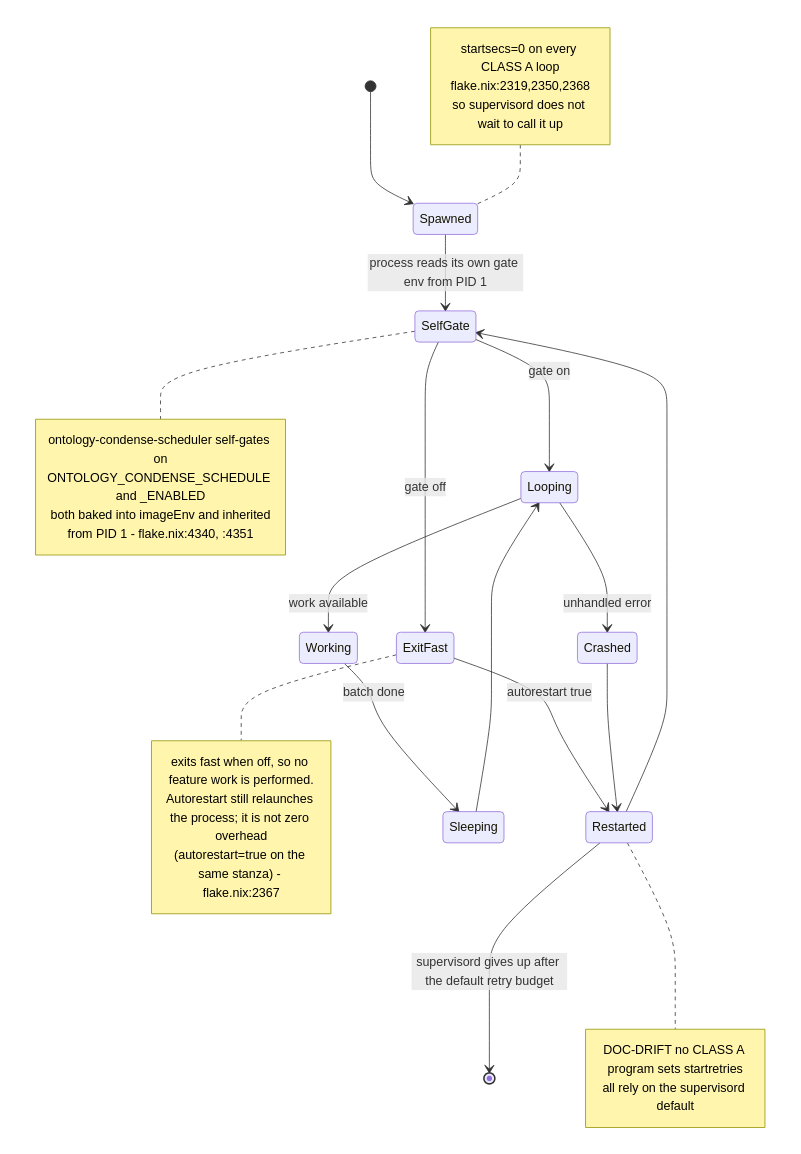
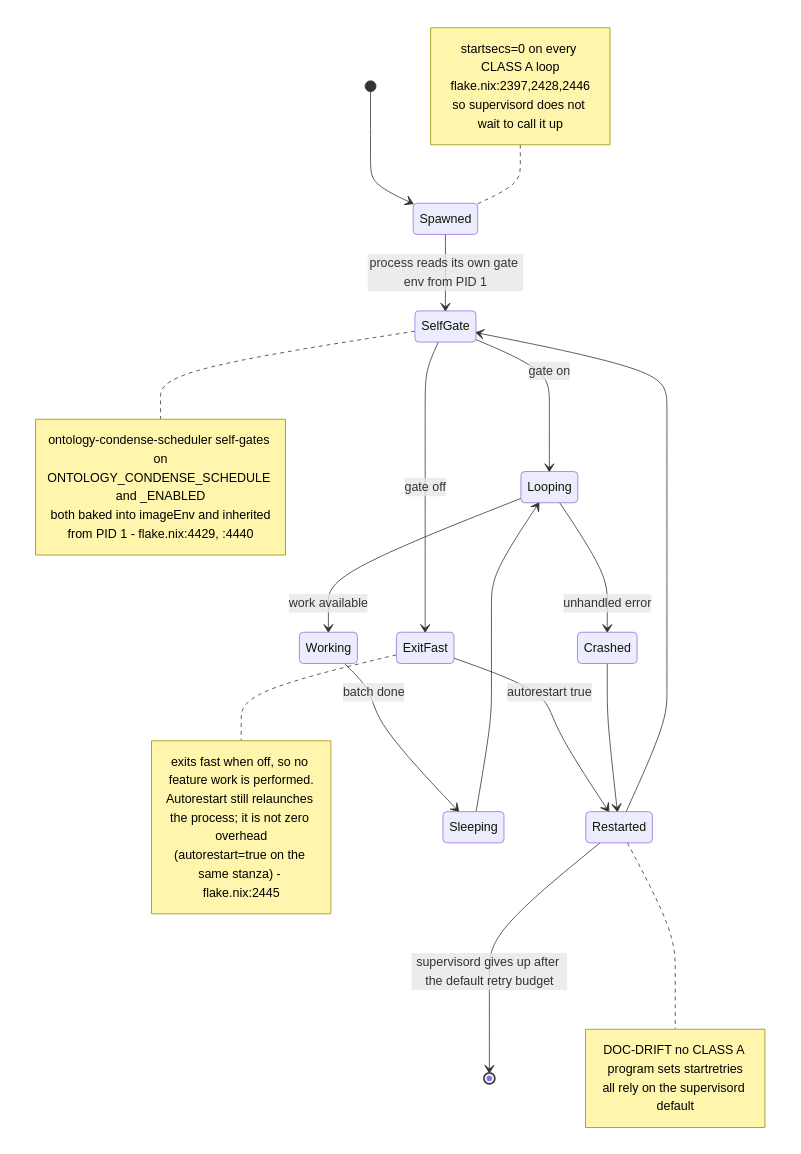
Before and after one commit to DreamLab-AI/VisionFlow: the second of 11 diagrams in docs/diagrams/agentbox/07-daemons-reapers-cron-backups.md, drawn with Mermaid. The commit also changed other lines of this file and 160 other files, not shown here.

````diff
--- a/docs/diagrams/agentbox/07-daemons-reapers-cron-backups.md
+++ b/docs/diagrams/agentbox/07-daemons-reapers-cron-backups.md
@@ -53,36 +54,36 @@
 ```mermaid
 stateDiagram-v2
     [*] --> Spawned
     Spawned --> SelfGate: process reads its own gate env from PID 1
     SelfGate --> ExitFast: gate off
     SelfGate --> Looping: gate on
     ExitFast --> Restarted: autorestart true
     Restarted --> SelfGate
     Looping --> Working: work available
     Working --> Sleeping: batch done
     Sleeping --> Looping
     Looping --> Crashed: unhandled error
     Crashed --> Restarted
     Restarted --> [*]: supervisord gives up after the default retry budget
 
     note right of SelfGate
         ontology-condense-scheduler self-gates on
         ONTOLOGY_CONDENSE_SCHEDULE and _ENABLED
         both baked into imageEnv and inherited
-        from PID 1 - flake.nix:4340, :4351
+        from PID 1 - flake.nix:4429, :4440
     end note
     note right of ExitFast
         exits fast when off, so no feature work is performed.
         Autorestart still relaunches the process; it is not zero overhead
-        (autorestart=true on the same stanza) - flake.nix:2367
+        (autorestart=true on the same stanza) - flake.nix:2445
     end note
     note left of Spawned
         startsecs=0 on every CLASS A loop
-        flake.nix:2319,2350,2368
+        flake.nix:2397,2428,2446
         so supervisord does not wait to call it up
     end note
     note right of Restarted
         DOC-DRIFT no CLASS A program sets startretries
         all rely on the supervisord default
     end note
 ```
````
